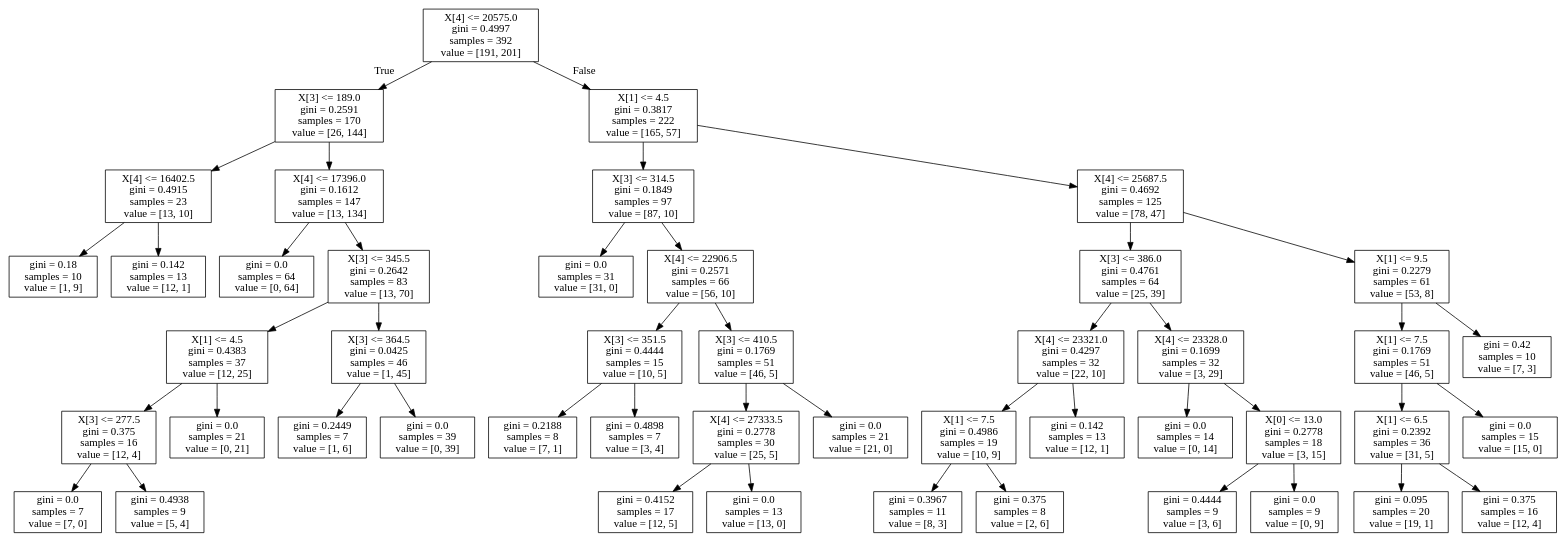
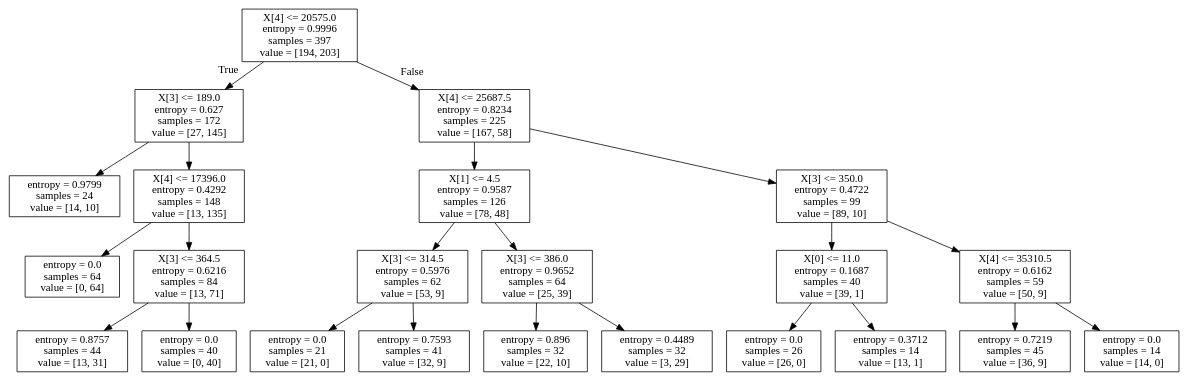
One commit to cmcollander/NaoLego changed the diagram in NaoDecisionTree.dot. Above: the diagram before and after it, drawn with Graphviz. The commit also changed 3 other files, not shown here.

```diff
--- a/NaoDecisionTree.dot
+++ b/NaoDecisionTree.dot
@@ -1,96 +1,48 @@
 digraph Tree {
 node [shape=box] ;
-0 [label="X[4] <= 20575.0\ngini = 0.4997\nsamples = 392\nvalue = [191, 201]"] ;
-1 [label="X[3] <= 189.0\ngini = 0.2591\nsamples = 170\nvalue = [26, 144]"] ;
+0 [label="X[4] <= 20575.0\nentropy = 0.9996\nsamples = 397\nvalue = [194, 203]"] ;
+1 [label="X[3] <= 189.0\nentropy = 0.627\nsamples = 172\nvalue = [27, 145]"] ;
 0 -> 1 [labeldistance=2.5, labelangle=45, headlabel="True"] ;
-2 [label="X[4] <= 16402.5\ngini = 0.4915\nsamples = 23\nvalue = [13, 10]"] ;
+2 [label="entropy = 0.9799\nsamples = 24\nvalue = [14, 10]"] ;
 1 -> 2 ;
-3 [label="gini = 0.18\nsamples = 10\nvalue = [1, 9]"] ;
-2 -> 3 ;
-4 [label="gini = 0.142\nsamples = 13\nvalue = [12, 1]"] ;
-2 -> 4 ;
-5 [label="X[4] <= 17396.0\ngini = 0.1612\nsamples = 147\nvalue = [13, 134]"] ;
-1 -> 5 ;
-6 [label="gini = 0.0\nsamples = 64\nvalue = [0, 64]"] ;
+3 [label="X[4] <= 17396.0\nentropy = 0.4292\nsamples = 148\nvalue = [13, 135]"] ;
+1 -> 3 ;
+4 [label="entropy = 0.0\nsamples = 64\nvalue = [0, 64]"] ;
+3 -> 4 ;
+5 [label="X[3] <= 364.5\nentropy = 0.6216\nsamples = 84\nvalue = [13, 71]"] ;
+3 -> 5 ;
+6 [label="entropy = 0.8757\nsamples = 44\nvalue = [13, 31]"] ;
 5 -> 6 ;
-7 [label="X[3] <= 345.5\ngini = 0.2642\nsamples = 83\nvalue = [13, 70]"] ;
+7 [label="entropy = 0.0\nsamples = 40\nvalue = [0, 40]"] ;
 5 -> 7 ;
-8 [label="X[1] <= 4.5\ngini = 0.4383\nsamples = 37\nvalue = [12, 25]"] ;
-7 -> 8 ;
-9 [label="X[3] <= 277.5\ngini = 0.375\nsamples = 16\nvalue = [12, 4]"] ;
+8 [label="X[4] <= 25687.5\nentropy = 0.8234\nsamples = 225\nvalue = [167, 58]"] ;
+0 -> 8 [labeldistance=2.5, labelangle=-45, headlabel="False"] ;
+9 [label="X[1] <= 4.5\nentropy = 0.9587\nsamples = 126\nvalue = [78, 48]"] ;
 8 -> 9 ;
-10 [label="gini = 0.0\nsamples = 7\nvalue = [7, 0]"] ;
+10 [label="X[3] <= 314.5\nentropy = 0.5976\nsamples = 62\nvalue = [53, 9]"] ;
 9 -> 10 ;
-11 [label="gini = 0.4938\nsamples = 9\nvalue = [5, 4]"] ;
-9 -> 11 ;
-12 [label="gini = 0.0\nsamples = 21\nvalue = [0, 21]"] ;
-8 -> 12 ;
-13 [label="X[3] <= 364.5\ngini = 0.0425\nsamples = 46\nvalue = [1, 45]"] ;
-7 -> 13 ;
-14 [label="gini = 0.2449\nsamples = 7\nvalue = [1, 6]"] ;
+11 [label="entropy = 0.0\nsamples = 21\nvalue = [21, 0]"] ;
+10 -> 11 ;
+12 [label="entropy = 0.7593\nsamples = 41\nvalue = [32, 9]"] ;
+10 -> 12 ;
+13 [label="X[3] <= 386.0\nentropy = 0.9652\nsamples = 64\nvalue = [25, 39]"] ;
+9 -> 13 ;
+14 [label="entropy = 0.896\nsamples = 32\nvalue = [22, 10]"] ;
 13 -> 14 ;
-15 [label="gini = 0.0\nsamples = 39\nvalue = [0, 39]"] ;
+15 [label="entropy = 0.4489\nsamples = 32\nvalue = [3, 29]"] ;
 13 -> 15 ;
-16 [label="X[1] <= 4.5\ngini = 0.3817\nsamples = 222\nvalue = [165, 57]"] ;
-0 -> 16 [labeldistance=2.5, labelangle=-45, headlabel="False"] ;
-17 [label="X[3] <= 314.5\ngini = 0.1849\nsamples = 97\nvalue = [87, 10]"] ;
+16 [label="X[3] <= 350.0\nentropy = 0.4722\nsamples = 99\nvalue = [89, 10]"] ;
+8 -> 16 ;
+17 [label="X[0] <= 11.0\nentropy = 0.1687\nsamples = 40\nvalue = [39, 1]"] ;
 16 -> 17 ;
-18 [label="gini = 0.0\nsamples = 31\nvalue = [31, 0]"] ;
+18 [label="entropy = 0.0\nsamples = 26\nvalue = [26, 0]"] ;
 17 -> 18 ;
-19 [label="X[4] <= 22906.5\ngini = 0.2571\nsamples = 66\nvalue = [56, 10]"] ;
+19 [label="entropy = 0.3712\nsamples = 14\nvalue = [13, 1]"] ;
 17 -> 19 ;
-20 [label="X[3] <= 351.5\ngini = 0.4444\nsamples = 15\nvalue = [10, 5]"] ;
-19 -> 20 ;
-21 [label="gini = 0.2188\nsamples = 8\nvalue = [7, 1]"] ;
+20 [label="X[4] <= 35310.5\nentropy = 0.6162\nsamples = 59\nvalue = [50, 9]"] ;
+16 -> 20 ;
+21 [label="entropy = 0.7219\nsamples = 45\nvalue = [36, 9]"] ;
 20 -> 21 ;
-22 [label="gini = 0.4898\nsamples = 7\nvalue = [3, 4]"] ;
+22 [label="entropy = 0.0\nsamples = 14\nvalue = [14, 0]"] ;
 20 -> 22 ;
-23 [label="X[3] <= 410.5\ngini = 0.1769\nsamples = 51\nvalue = [46, 5]"] ;
-19 -> 23 ;
-24 [label="X[4] <= 27333.5\ngini = 0.2778\nsamples = 30\nvalue = [25, 5]"] ;
-23 -> 24 ;
-25 [label="gini = 0.4152\nsamples = 17\nvalue = [12, 5]"] ;
-24 -> 25 ;
-26 [label="gini = 0.0\nsamples = 13\nvalue = [13, 0]"] ;
-24 -> 26 ;
-27 [label="gini = 0.0\nsamples = 21\nvalue = [21, 0]"] ;
-23 -> 27 ;
-28 [label="X[4] <= 25687.5\ngini = 0.4692\nsamples = 125\nvalue = [78, 47]"] ;
-16 -> 28 ;
-29 [label="X[3] <= 386.0\ngini = 0.4761\nsamples = 64\nvalue = [25, 39]"] ;
-28 -> 29 ;
-30 [label="X[4] <= 23321.0\ngini = 0.4297\nsamples = 32\nvalue = [22, 10]"] ;
-29 -> 30 ;
-31 [label="X[1] <= 7.5\ngini = 0.4986\nsamples = 19\nvalue = [10, 9]"] ;
-30 -> 31 ;
-32 [label="gini = 0.3967\nsamples = 11\nvalue = [8, 3]"] ;
-31 -> 32 ;
-33 [label="gini = 0.375\nsamples = 8\nvalue = [2, 6]"] ;
-31 -> 33 ;
-34 [label="gini = 0.142\nsamples = 13\nvalue = [12, 1]"] ;
-30 -> 34 ;
-35 [label="X[4] <= 23328.0\ngini = 0.1699\nsamples = 32\nvalue = [3, 29]"] ;
-29 -> 35 ;
-36 [label="gini = 0.0\nsamples = 14\nvalue = [0, 14]"] ;
-35 -> 36 ;
-37 [label="X[0] <= 13.0\ngini = 0.2778\nsamples = 18\nvalue = [3, 15]"] ;
-35 -> 37 ;
-38 [label="gini = 0.4444\nsamples = 9\nvalue = [3, 6]"] ;
-37 -> 38 ;
-39 [label="gini = 0.0\nsamples = 9\nvalue = [0, 9]"] ;
-37 -> 39 ;
-40 [label="X[1] <= 9.5\ngini = 0.2279\nsamples = 61\nvalue = [53, 8]"] ;
-28 -> 40 ;
-41 [label="X[1] <= 7.5\ngini = 0.1769\nsamples = 51\nvalue = [46, 5]"] ;
-40 -> 41 ;
-42 [label="X[1] <= 6.5\ngini = 0.2392\nsamples = 36\nvalue = [31, 5]"] ;
-41 -> 42 ;
-43 [label="gini = 0.095\nsamples = 20\nvalue = [19, 1]"] ;
-42 -> 43 ;
-44 [label="gini = 0.375\nsamples = 16\nvalue = [12, 4]"] ;
-42 -> 44 ;
-45 [label="gini = 0.0\nsamples = 15\nvalue = [15, 0]"] ;
-41 -> 45 ;
-46 [label="gini = 0.42\nsamples = 10\nvalue = [7, 3]"] ;
-40 -> 46 ;
 }
```
